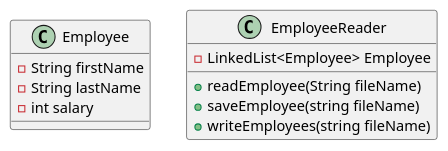
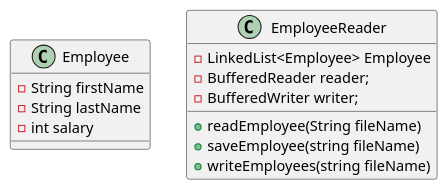
One commit to RyanTheGuyInSpace/hodge-a04 changed the diagram in exercise42/docs/Solution42.puml. Above: the diagram before and after it, drawn with PlantUML. The commit also changed 7 other files, not shown here.

```diff
--- a/exercise42/docs/Solution42.puml
+++ b/exercise42/docs/Solution42.puml
@@ -1,18 +1,20 @@
 @startuml
 
 class Employee {
     -String firstName
     -String lastName
     -int salary
 }
 
 class EmployeeReader {
     -LinkedList<Employee> Employee
+    -BufferedReader reader;
+    -BufferedWriter writer;
 
     +readEmployee(String fileName)
     +saveEmployee(string fileName)
     +writeEmployees(string fileName)
 
 }
 
 @enduml
```
